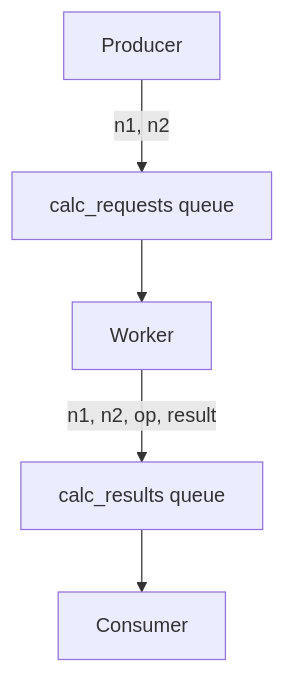
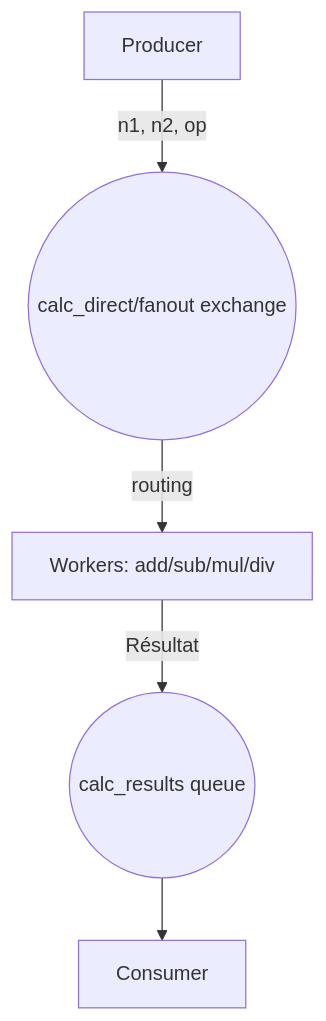
Before and after one commit to enstso/Nuclear-physics: the diagram in readme.md, drawn with Mermaid. The commit also changed other lines of this file and 16 other files, not shown here.

````diff
--- a/readme.md
+++ b/readme.md
@@ -96,7 +93,7 @@
 ```mermaid
 graph TD
-    Producer -->|n1, n2| RabbitMQ1[calc_requests queue]
-    RabbitMQ1 --> Worker
-    Worker -->|n1, n2, op, result| RabbitMQ2[calc_results queue]
+    Producer -->|n1, n2, op| RabbitMQ1((calc_direct/fanout exchange))
+    RabbitMQ1 -->|routing| Worker[Workers: add/sub/mul/div]
+    Worker -->|Résultat| RabbitMQ2((calc_results queue))
     RabbitMQ2 --> Consumer
 ```
````
